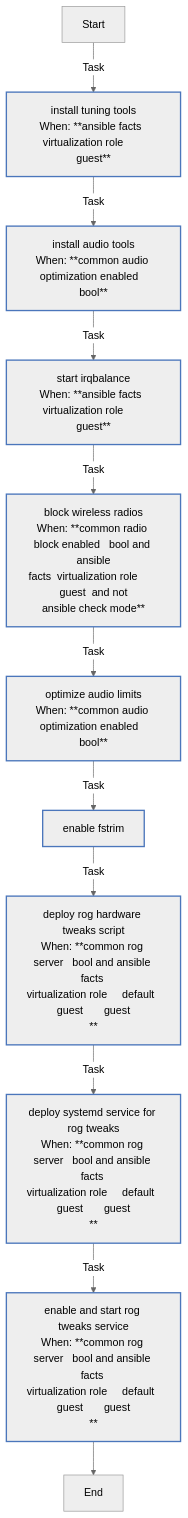
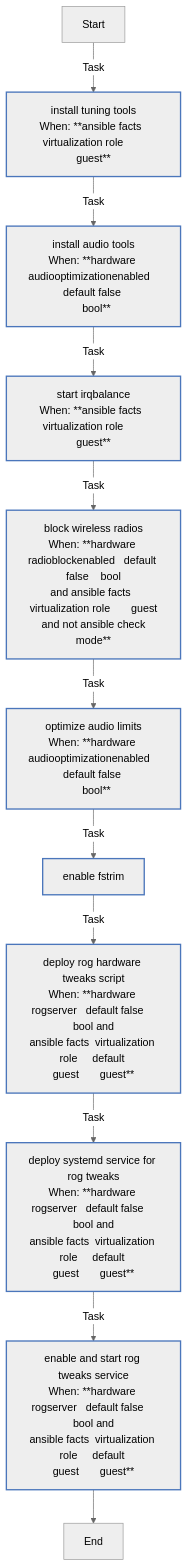
The third of 8 diagrams in roles/common/README.md (rou-cru/k3s-homelab), drawn with Mermaid (neutral theme) before and after one commit. The commit also changed other lines of this file and 57 other files, not shown here.

````diff
--- a/roles/common/README.md
+++ b/roles/common/README.md
@@ -436,23 +436,23 @@
 ```mermaid
 flowchart TD
 Start
 classDef block stroke:#3498db,stroke-width:2px;
 classDef task stroke:#4b76bb,stroke-width:2px;
 classDef includeTasks stroke:#16a085,stroke-width:2px;
 classDef importTasks stroke:#34495e,stroke-width:2px;
 classDef includeRole stroke:#2980b9,stroke-width:2px;
 classDef importRole stroke:#699ba7,stroke-width:2px;
 classDef includeVars stroke:#8e44ad,stroke-width:2px;
 classDef rescue stroke:#665352,stroke-width:2px;
 
   Start-->|Task| Install_tuning_tools0[install tuning tools<br>When: **ansible facts  virtualization role       guest**]:::task
-  Install_tuning_tools0-->|Task| Install_audio_tools1[install audio tools<br>When: **common audio optimization enabled   bool**]:::task
+  Install_tuning_tools0-->|Task| Install_audio_tools1[install audio tools<br>When: **hardware audiooptimizationenabled   default false <br>  bool**]:::task
   Install_audio_tools1-->|Task| Start_irqbalance2[start irqbalance<br>When: **ansible facts  virtualization role       guest**]:::task
-  Start_irqbalance2-->|Task| Block_wireless_radios3[block wireless radios<br>When: **common radio block enabled   bool and ansible<br>facts  virtualization role       guest  and not<br>ansible check mode**]:::task
-  Block_wireless_radios3-->|Task| Optimize_audio_limits4[optimize audio limits<br>When: **common audio optimization enabled   bool**]:::task
+  Start_irqbalance2-->|Task| Block_wireless_radios3[block wireless radios<br>When: **hardware radioblockenabled   default false    bool<br>and ansible facts  virtualization role       guest<br> and not ansible check mode**]:::task
+  Block_wireless_radios3-->|Task| Optimize_audio_limits4[optimize audio limits<br>When: **hardware audiooptimizationenabled   default false <br>  bool**]:::task
   Optimize_audio_limits4-->|Task| Enable_fstrim5[enable fstrim]:::task
-  Enable_fstrim5-->|Task| Deploy_RoG_Hardware_Tweaks_Script6[deploy rog hardware tweaks script<br>When: **common rog server   bool and ansible facts <br>virtualization role     default  guest       guest<br>**]:::task
-  Deploy_RoG_Hardware_Tweaks_Script6-->|Task| Deploy_systemd_service_for_RoG_Tweaks7[deploy systemd service for rog tweaks<br>When: **common rog server   bool and ansible facts <br>virtualization role     default  guest       guest<br>**]:::task
-  Deploy_systemd_service_for_RoG_Tweaks7-->|Task| Enable_and_start_RoG_Tweaks_service8[enable and start rog tweaks service<br>When: **common rog server   bool and ansible facts <br>virtualization role     default  guest       guest<br>**]:::task
+  Enable_fstrim5-->|Task| Deploy_RoG_Hardware_Tweaks_Script6[deploy rog hardware tweaks script<br>When: **hardware rogserver   default false    bool and<br>ansible facts  virtualization role     default <br>guest       guest**]:::task
+  Deploy_RoG_Hardware_Tweaks_Script6-->|Task| Deploy_systemd_service_for_RoG_Tweaks7[deploy systemd service for rog tweaks<br>When: **hardware rogserver   default false    bool and<br>ansible facts  virtualization role     default <br>guest       guest**]:::task
+  Deploy_systemd_service_for_RoG_Tweaks7-->|Task| Enable_and_start_RoG_Tweaks_service8[enable and start rog tweaks service<br>When: **hardware rogserver   default false    bool and<br>ansible facts  virtualization role     default <br>guest       guest**]:::task
   Enable_and_start_RoG_Tweaks_service8-->End
 ```
````
